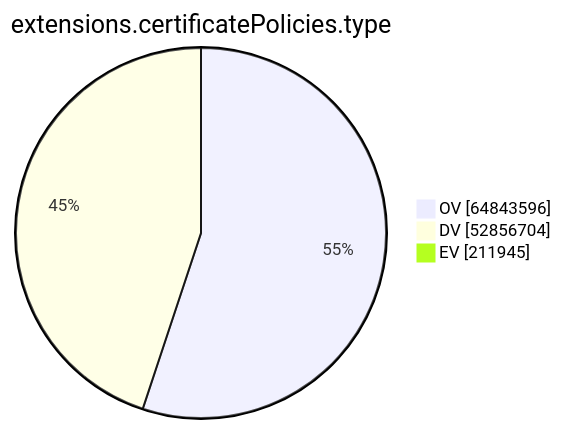
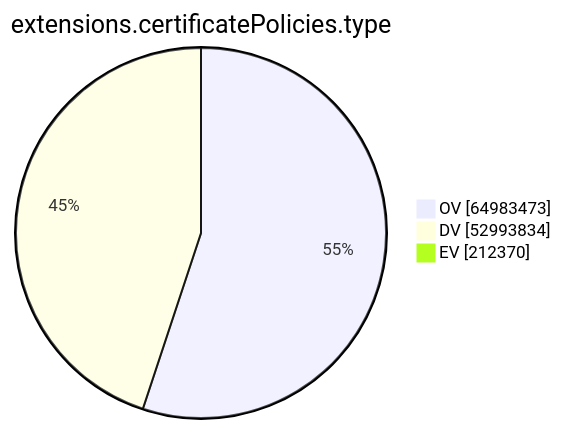
One commit to christiankrug/ctmonitor_visualization changed the ninth of 15 diagrams in argon2023/README.md. Above: the diagram before and after it, drawn with Mermaid. The commit also changed other lines of this file, not shown here.

````diff
--- a/argon2023/README.md
+++ b/argon2023/README.md
@@ -2156,7 +2159,7 @@
 ```mermaid
 pie showData
 title extensions.certificatePolicies.type
-"OV" :64843596
-"DV" :52856704
-"EV" :211945
+"OV" :64983473
+"DV" :52993834
+"EV" :212370
 ```
````
